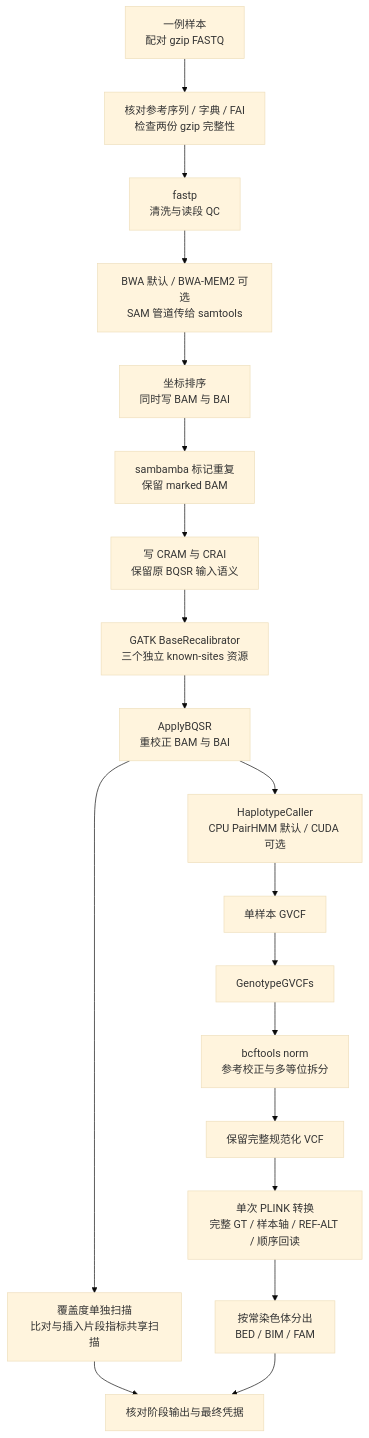
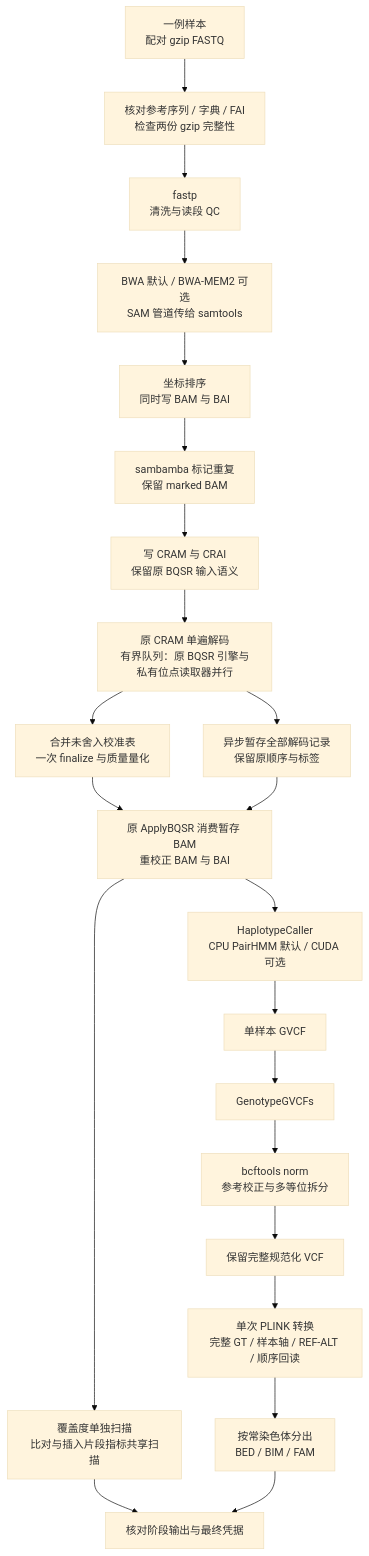
One commit to weikanggong1/Fudan-WGS-Toolkit changed the diagram in docs/single_subj_preprocessing.md. Above: the diagram before and after it, drawn with Mermaid (base theme). The commit also changed other lines of this file and 26 other files, not shown here.

````diff
--- a/docs/single_subj_preprocessing.md
+++ b/docs/single_subj_preprocessing.md
@@ -9,21 +9,24 @@
 ```mermaid
 flowchart TD
     RAW["一例样本<br/>配对 gzip FASTQ"] --> CHECK["核对参考序列 / 字典 / FAI<br/>检查两份 gzip 完整性"]
     CHECK --> FASTP["fastp<br/>清洗与读段 QC"]
     FASTP --> MAP["BWA 默认 / BWA-MEM2 可选<br/>SAM 管道传给 samtools"]
     MAP --> SORT["坐标排序<br/>同时写 BAM 与 BAI"]
     SORT --> DUP["sambamba 标记重复<br/>保留 marked BAM"]
     DUP --> CRAM["写 CRAM 与 CRAI<br/>保留原 BQSR 输入语义"]
-    CRAM --> RECAL["GATK BaseRecalibrator<br/>三个独立 known-sites 资源"]
-    RECAL --> APPLY["ApplyBQSR<br/>重校正 BAM 与 BAI"]
+    CRAM --> RECAL["原 CRAM 单遍解码<br/>有界队列：原 BQSR 引擎与私有位点读取器并行"]
+    RECAL --> MERGE["合并未舍入校准表<br/>一次 finalize 与质量量化"]
+    RECAL --> REPLAY["异步暂存全部解码记录<br/>保留原顺序与标签"]
+    MERGE --> APPLY["原 ApplyBQSR 消费暂存 BAM<br/>重校正 BAM 与 BAI"]
+    REPLAY --> APPLY
     APPLY --> HC["HaplotypeCaller<br/>CPU PairHMM 默认 / CUDA 可选"]
     APPLY --> QC["覆盖度单独扫描<br/>比对与插入片段指标共享扫描"]
     HC --> GVCF["单样本 GVCF"]
     GVCF --> GT["GenotypeGVCFs"]
     GT --> NORM["bcftools norm<br/>参考校正与多等位拆分"]
     NORM --> VCF["保留完整规范化 VCF"]
     VCF --> BED["单次 PLINK 转换<br/>完整 GT / 样本轴 / REF-ALT / 顺序回读"]
     BED --> SPLIT["按常染色体分出<br/>BED / BIM / FAM"]
     QC --> DONE["核对阶段输出与最终凭据"]
     SPLIT --> DONE
 ```
````
